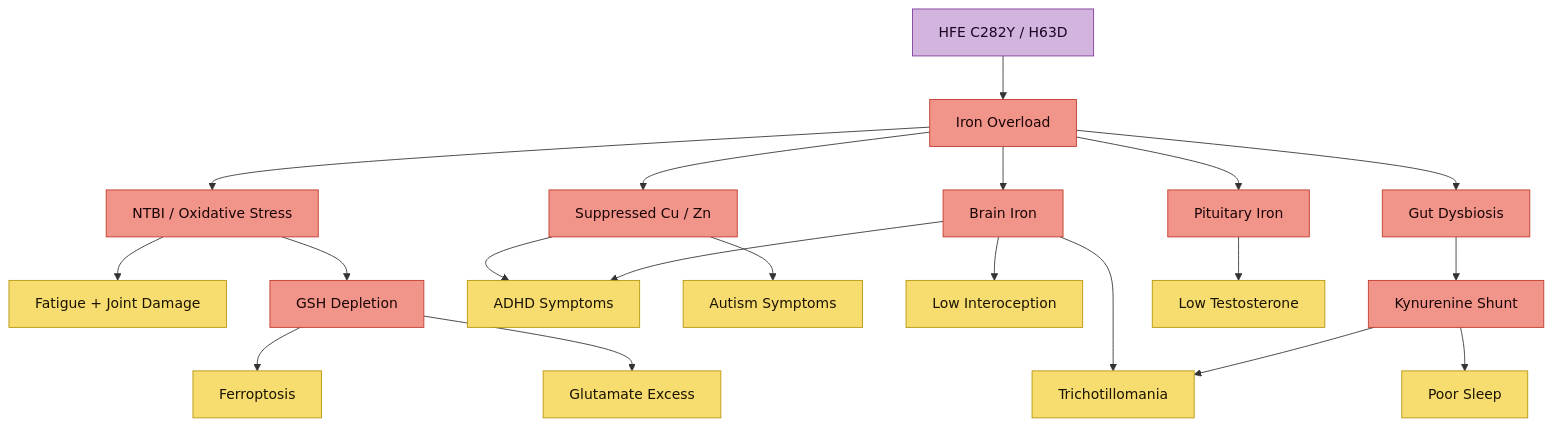
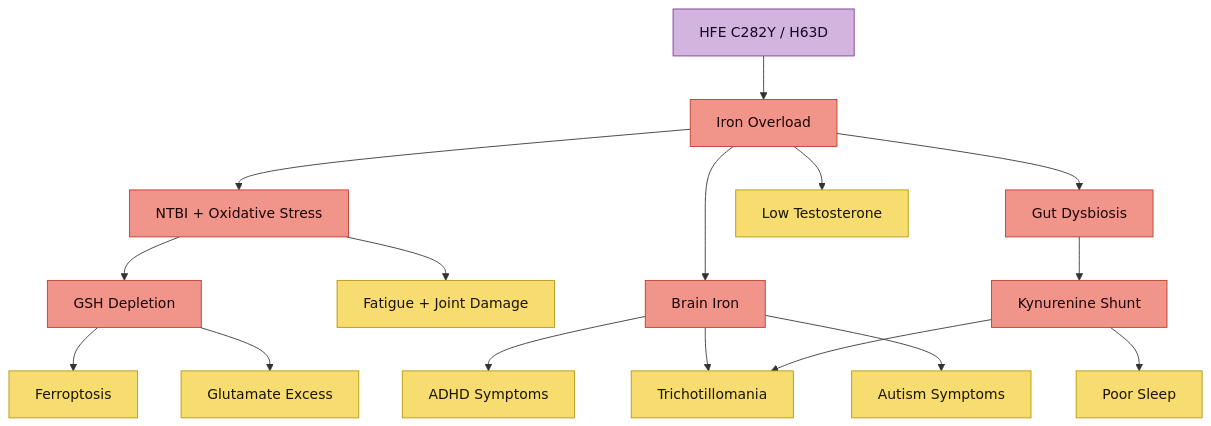
The first of 3 diagrams in src/site/notes/Health Research MOC.md (Aegis-commits/ag-hfe-adhd-asd-research), drawn with Mermaid before and after one commit.

Commit message:
Published multiple files

````diff
--- a/src/site/notes/Health Research MOC.md
+++ b/src/site/notes/Health Research MOC.md
@@ -129,32 +129,26 @@
 ```mermaid
 flowchart TD
     classDef gen fill:#d2b4de,stroke:#7d3c98,color:#1a0422
     classDef iron fill:#f1948a,stroke:#c0392b,color:#1a0505
     classDef out fill:#f7dc6f,stroke:#b7950b,color:#1a1400
 
     A[HFE C282Y / H63D]:::gen --> B[Iron Overload]:::iron
-
-    B --> C[NTBI / Oxidative Stress]:::iron
-    B --> D[Suppressed Cu / Zn]:::iron
+    B --> C[NTBI + Oxidative Stress]:::iron
     B --> I[Brain Iron]:::iron
     B --> N[Gut Dysbiosis]:::iron
-    B --> AW[Pituitary Iron]:::iron
 
     C --> E[Fatigue + Joint Damage]:::out
     C --> GSH[GSH Depletion]:::iron
     GSH --> FPT[Ferroptosis]:::out
     GSH --> GLU[Glutamate Excess]:::out
 
-    D --> ADHD[ADHD Symptoms]:::out
-    D --> ASD[Autism Symptoms]:::out
-
+    I --> ADHD[ADHD Symptoms]:::out
     I --> TTM[Trichotillomania]:::out
-    I --> ADHD
-    I --> INT[Low Interoception]:::out
+    I --> ASD[Autism Symptoms]:::out
 
     N --> KYN[Kynurenine Shunt]:::iron
     KYN --> TTM
     KYN --> SLP[Poor Sleep]:::out
 
-    AW --> TEST[Low Testosterone]:::out
+    B --> TEST[Low Testosterone]:::out
 ```
````
